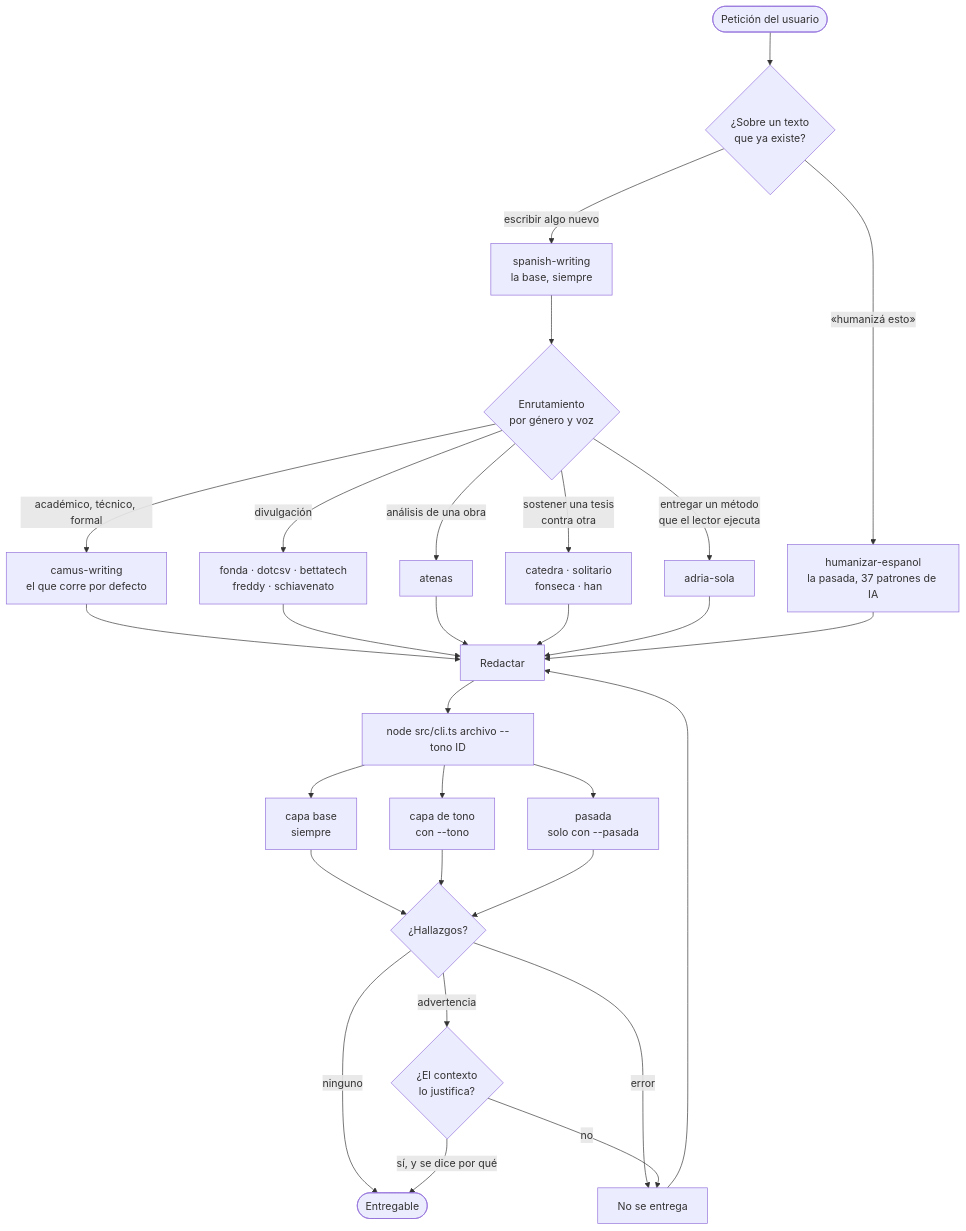
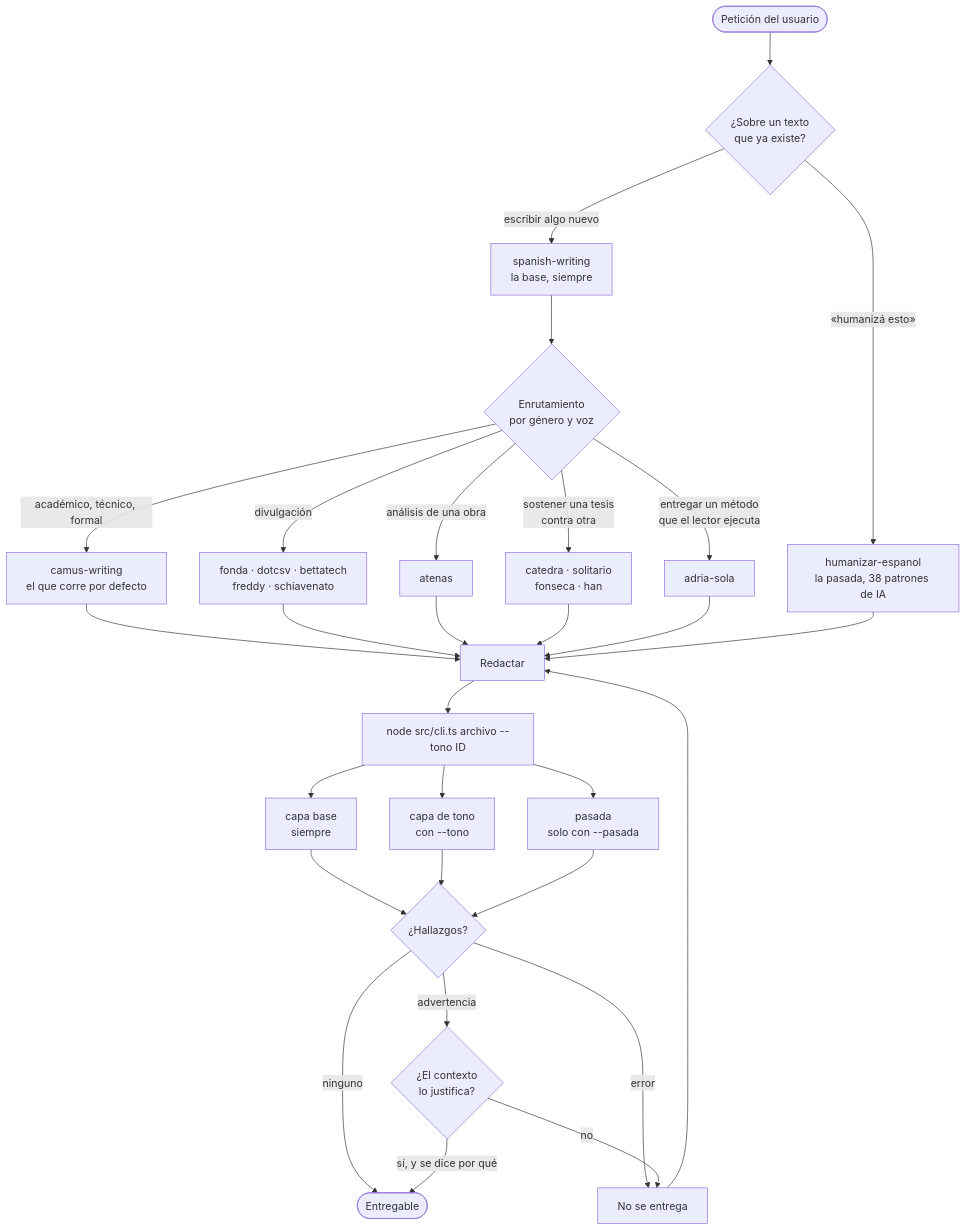
The first of 5 diagrams in README.md (diegnghtmr/writing-harness), drawn with Mermaid before and after one commit. The commit also changed other lines of this file and 6 other files, not shown here.

````diff
--- a/README.md
+++ b/README.md
@@ -28,37 +28,37 @@
 ```mermaid
 flowchart TD
     U(["Petición del usuario"]) --> Q0{"¿Sobre un texto<br/>que ya existe?"}
 
-    Q0 -->|"«humanizá esto»"| H["humanizar-espanol<br/>la pasada, 37 patrones de IA"]
+    Q0 -->|"«humanizá esto»"| H["humanizar-espanol<br/>la pasada, 38 patrones de IA"]
     Q0 -->|"escribir algo nuevo"| B["spanish-writing<br/>la base, siempre"]
 
     B --> R{"Enrutamiento<br/>por género y voz"}
     R -->|"académico, técnico, formal"| T1["camus-writing<br/>el que corre por defecto"]
     R -->|"divulgación"| T2["fonda · dotcsv · bettatech<br/>freddy · schiavenato"]
     R -->|"análisis de una obra"| T3["atenas"]
     R -->|"sostener una tesis<br/>contra otra"| T4["catedra · solitario<br/>fonseca · han"]
     R -->|"entregar un método<br/>que el lector ejecuta"| T5["adria-sola"]
 
     T1 --> W["Redactar"]
     T2 --> W
     T3 --> W
     T4 --> W
     T5 --> W
     H --> W
 
     W --> V["node src/cli.ts archivo --tono ID"]
     V --> C1["capa base<br/>siempre"]
     V --> C2["capa de tono<br/>con --tono"]
     V --> C3["pasada<br/>solo con --pasada"]
 
     C1 --> Q1{"¿Hallazgos?"}
     C2 --> Q1
     C3 --> Q1
 
     Q1 -->|"ninguno"| E(["Entregable"])
     Q1 -->|"error"| X["No se entrega"]
     Q1 -->|"advertencia"| Q2{"¿El contexto<br/>lo justifica?"}
     Q2 -->|"sí, y se dice por qué"| E
     Q2 -->|"no"| X
     X --> W
 ```
````
